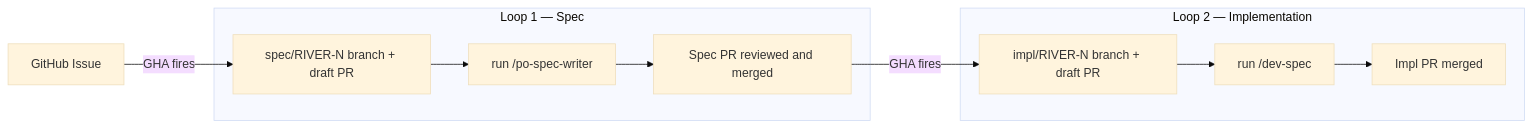
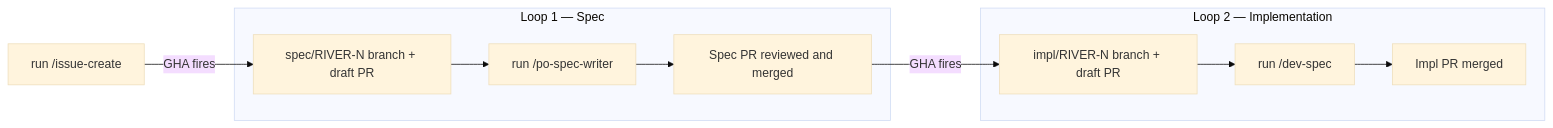
The diagram in README.md (bsterligov/river-spec), drawn with Mermaid (base theme) before and after one commit. The commit also changed other lines of this file and 1 other file, not shown here.

Commit message:
docs: add issue create command

````diff
--- a/README.md
+++ b/README.md
@@ -37,18 +37,18 @@
 ```mermaid
 flowchart LR
-    A[GitHub Issue] -->|GHA fires| B
+    A["run /issue-create"] -->|GHA fires| B
 
     subgraph L1["Loop 1 — Spec"]
         B["spec/RIVER-N branch + draft PR"]
         B --> C["run /po-spec-writer"]
         C --> D[Spec PR reviewed and merged]
     end
 
     D -->|GHA fires| E
 
     subgraph L2["Loop 2 — Implementation"]
         E["impl/RIVER-N branch + draft PR"]
         E --> F["run /dev-spec"]
         F --> G[Impl PR merged]
     end
 ```
````
